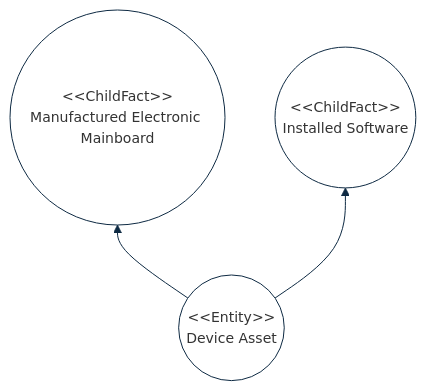
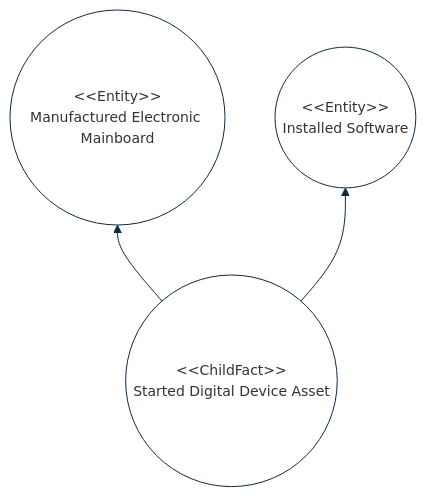
One commit to cybnity/foundation changed the second of 2 diagrams in implementations-line/framework/immutable/README.md. Above: the diagram before and after it, drawn with Mermaid.

````diff
--- a/implementations-line/framework/immutable/README.md
+++ b/implementations-line/framework/immutable/README.md
@@ -135,25 +135,25 @@
 ```mermaid
 %%{
   init: {
     'theme': 'base',
     'themeVariables': {
         'background': '#ffffff',
         'fontFamily': 'arial',
         'fontSize': '14px',
         'primaryColor': '#fff',
         'primaryBorderColor': '#0e2a43',
         'secondaryBorderColor': '#0e2a43',
         'tertiaryBorderColor': '#0e2a43',
         'edgeLabelBackground':'#0e2a43',
         'lineColor': '#0e2a43',
         'tertiaryColor': '#fff'
     }
   }
 }%%
 flowchart BT
-    asset(("#60;#60;Entity#62;#62;<br/>Device Asset")) --> board(("#60;#60;ChildFact#62;#62;<br/>Manufactured Electronic Mainboard"))
-    asset --> soft(("#60;#60;ChildFact#62;#62;<br/>Installed Software"))
+    asset(("#60;#60;ChildFact#62;#62;<br/>Started Digital Device Asset")) --> board(("#60;#60;Entity#62;#62;<br/>Manufactured Electronic Mainboard"))
+    asset --> soft(("#60;#60;Entity#62;#62;<br/>Installed Software"))
 
 
 
 ```
````
